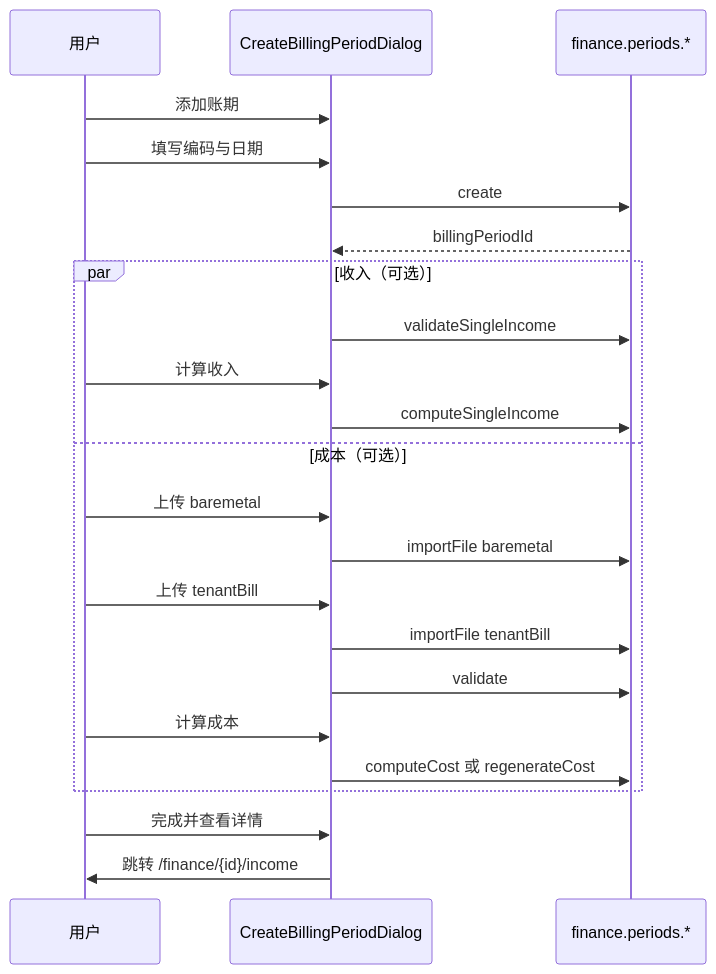
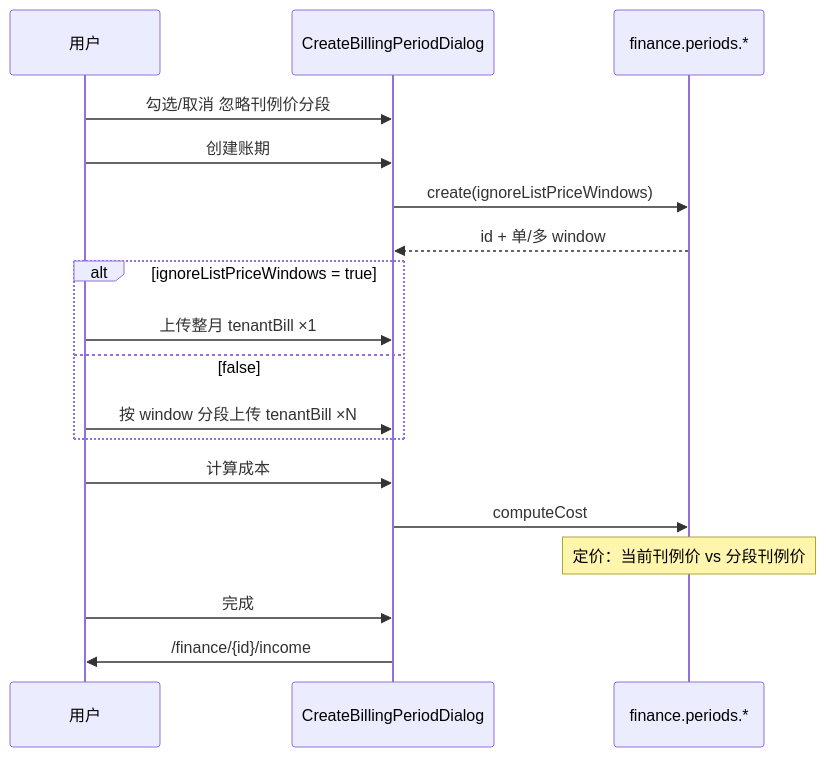
One commit to metacode0602/opencomfy-hub changed the second of 2 diagrams in apps/web/content/design/finance-create-billing-period-dialog-plan.md. Above: the diagram before and after it, drawn with Mermaid. The commit also changed other lines of this file and 19 other files, not shown here.

Commit message:
feat(apps-web): finish tenant import

````diff
--- a/apps/web/content/design/finance-create-billing-period-dialog-plan.md
+++ b/apps/web/content/design/finance-create-billing-period-dialog-plan.md
@@ -264,28 +241,24 @@
 ```mermaid
 sequenceDiagram
   participant U as 用户
   participant D as CreateBillingPeriodDialog
   participant API as finance.periods.*
 
-  U->>D: 添加账期
-  U->>D: 填写编码与日期
-  D->>API: create
-  API-->>D: billingPeriodId
+  U->>D: 勾选/取消 忽略刊例价分段
+  U->>D: 创建账期
+  D->>API: create(ignoreListPriceWindows)
+  API-->>D: id + 单/多 window
 
-  par 收入（可选）
-    D->>API: validateSingleIncome
-    U->>D: 计算收入
-    D->>API: computeSingleIncome
-  and 成本（可选）
-    U->>D: 上传 baremetal
-    D->>API: importFile baremetal
-    U->>D: 上传 tenantBill
-    D->>API: importFile tenantBill
-    D->>API: validate
-    U->>D: 计算成本
-    D->>API: computeCost 或 regenerateCost
+  alt ignoreListPriceWindows = true
+    U->>D: 上传整月 tenantBill ×1
+  else false
+    U->>D: 按 window 分段上传 tenantBill ×N
   end
 
-  U->>D: 完成并查看详情
-  D->>U: 跳转 /finance/{id}/income
+  U->>D: 计算成本
+  D->>API: computeCost
+  Note over API: 定价：当前刊例价 vs 分段刊例价
+
+  U->>D: 完成
+  D->>U: /finance/{id}/income
 ```
````
